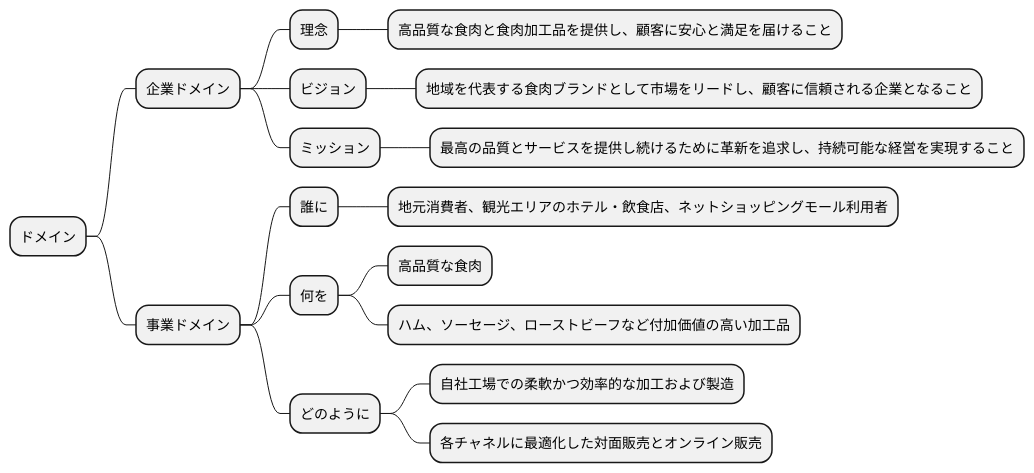
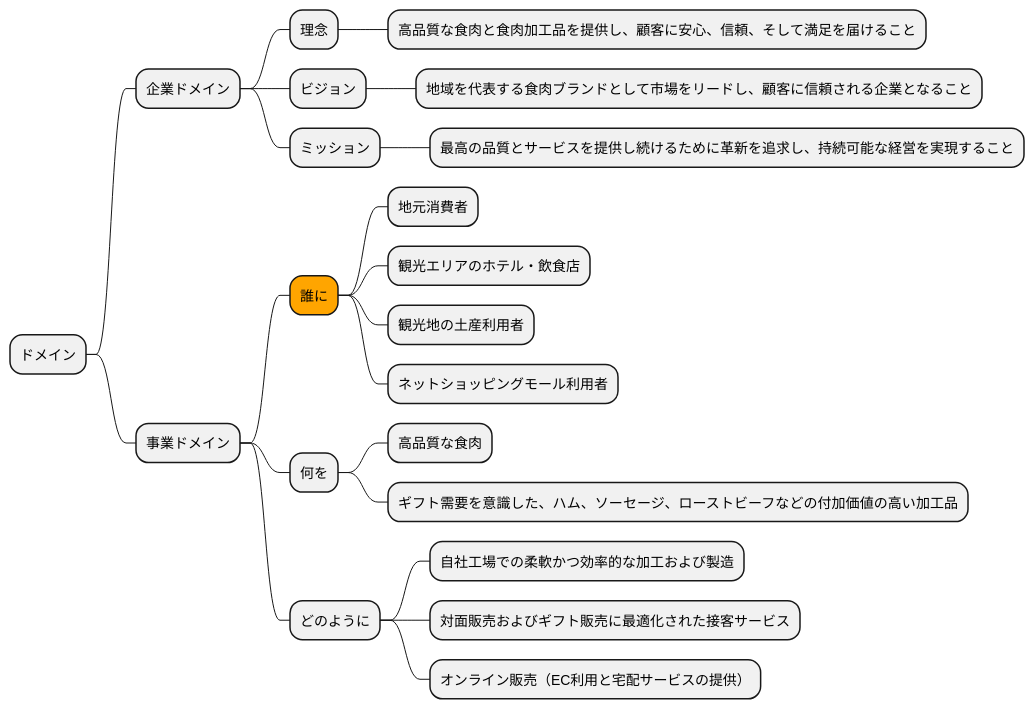
One commit to k2works/case-study-business-analysis changed the fifth of 19 diagrams in docs/case/r04_case_2.adoc. Above: the diagram before and after it, drawn with PlantUML. The commit also changed other lines of this file, not shown here.

```diff
--- a/docs/case/r04_case_2.adoc
+++ b/docs/case/r04_case_2.adoc
@@ -215,24 +234,28 @@
 [plantuml]
 ----
 @startmindmap
 
 * ドメイン
 ** 企業ドメイン
 *** 理念
-**** 高品質な食肉と食肉加工品を提供し、顧客に安心と満足を届けること
+**** 高品質な食肉と食肉加工品を提供し、顧客に安心、信頼、そして満足を届けること
 *** ビジョン
 **** 地域を代表する食肉ブランドとして市場をリードし、顧客に信頼される企業となること
 *** ミッション
 **** 最高の品質とサービスを提供し続けるために革新を追求し、持続可能な経営を実現すること
 ** 事業ドメイン
-*** 誰に
-**** 地元消費者、観光エリアのホテル・飲食店、ネットショッピングモール利用者
+***[#orange] 誰に
+**** 地元消費者
+**** 観光エリアのホテル・飲食店
+**** 観光地の土産利用者
+**** ネットショッピングモール利用者
 *** 何を
 **** 高品質な食肉
-**** ハム、ソーセージ、ローストビーフなど付加価値の高い加工品
+**** ギフト需要を意識した、ハム、ソーセージ、ローストビーフなどの付加価値の高い加工品
 *** どのように
 **** 自社工場での柔軟かつ効率的な加工および製造
-**** 各チャネルに最適化した対面販売とオンライン販売
+**** 対面販売およびギフト販売に最適化された接客サービス
+**** オンライン販売（EC利用と宅配サービスの提供）
 
 @endmindmap
 ----
```
